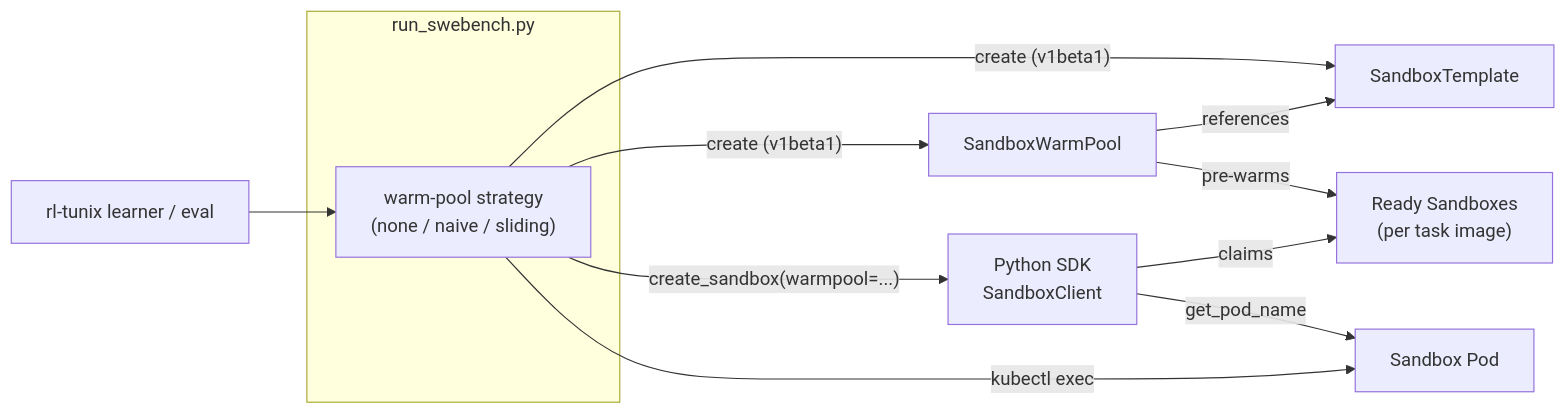
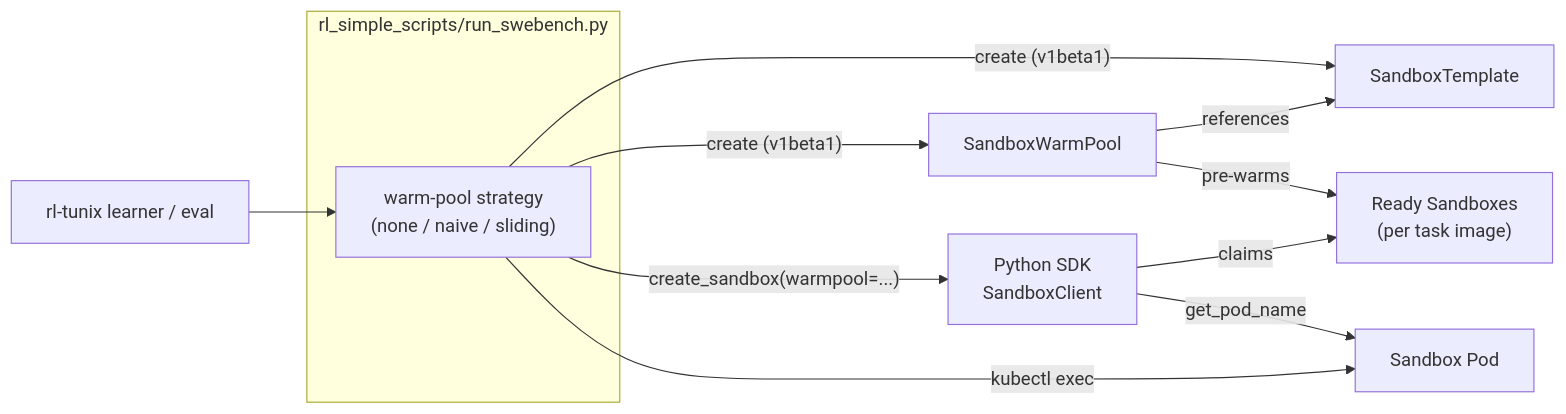
One commit to tomergee/agent-sandbox changed the diagram in examples/rl-tunix-swebench/README.md. Above: the diagram before and after it, drawn with Mermaid. The commit also changed other lines of this file and 9 other files, not shown here.

First line of the commit message:
rl-tunix-swebench: move original prototype scripts into rl_simple_scripts/

````diff
--- a/examples/rl-tunix-swebench/README.md
+++ b/examples/rl-tunix-swebench/README.md
@@ -38,16 +38,16 @@
 ```mermaid
 flowchart LR
     Learner["rl-tunix learner / eval"]
-    subgraph Orchestration["run_swebench.py"]
+    subgraph Orchestration["rl_simple_scripts/run_swebench.py"]
       Strategy["warm-pool strategy<br/>(none / naive / sliding)"]
     end
     Learner --> Strategy
     Strategy -->|"create (v1beta1)"| Template[SandboxTemplate]
     Strategy -->|"create (v1beta1)"| Pool[SandboxWarmPool]
     Pool -->|references| Template
     Pool -->|pre-warms| WarmSb["Ready Sandboxes<br/>(per task image)"]
     Strategy -->|"create_sandbox(warmpool=...)"| SDK["Python SDK<br/>SandboxClient"]
     SDK -->|claims| WarmSb
     SDK -->|get_pod_name| Pod[Sandbox Pod]
     Strategy -->|kubectl exec| Pod
 ```
````
